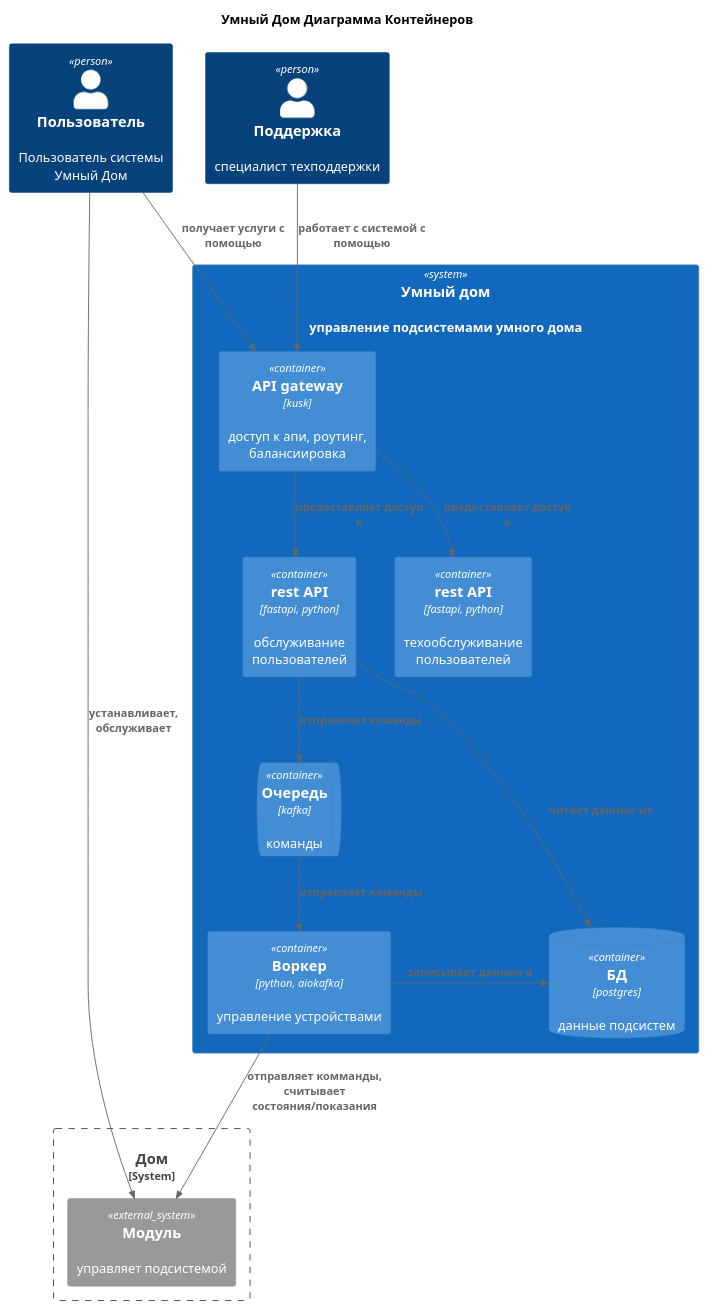
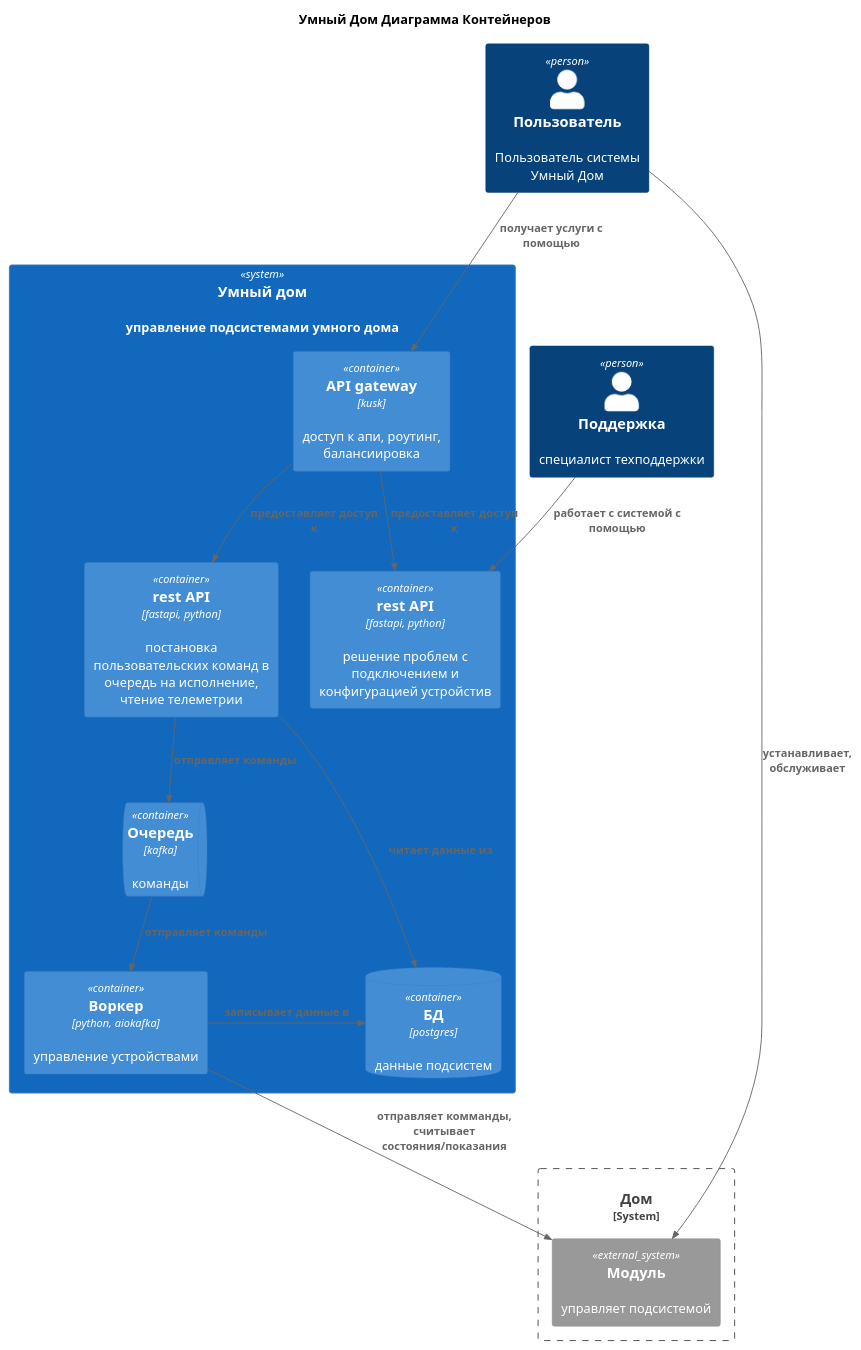
One commit to demon-mhm/architecture-sprint-3 changed the diagram in diagrams/src/smart-home-microservices/Container.puml. Above: the diagram before and after it, drawn with PlantUML. The commit also changed 10 other files, not shown here.

```diff
--- a/diagrams/src/smart-home-microservices/Container.puml
+++ b/diagrams/src/smart-home-microservices/Container.puml
@@ -1,32 +1,32 @@
 @startuml
 
 title Умный Дом Диаграмма Контейнеров
 !include <C4/C4_Container>
 
 Person(user, "Пользователь", "Пользователь системы Умный Дом")
 Person(employee, "Поддержка", "специалист техподдержки")
 
 System(Server, "Умный дом", "управление подсистемaми умного дома") {
     Container(apigateway, "API gateway", "kusk", "доступ к апи, роутинг, балансиировка")
-    Container(api, "rest API", "fastapi, python", "обслуживание пользователей")
-    Container(helpdesk, "rest API", "fastapi, python", "техообслуживание пользователей")
+    Container(api, "rest API", "fastapi, python", "постановка пользовательских команд в очередь на исполнение, чтение телеметрии")
+    Container(helpdesk, "rest API", "fastapi, python", "решение проблем с подключением и конфигурацией устройстив")
     ContainerQueue(queue, "Очередь", "kafka", "команды")
     ContainerDb(db, "БД", "postgres", "данные подсистем")
     Container(worker, "Воркер", "python, aiokafka", "управление устройствами")
     Rel_Down(api, queue, "отправляет команды")
     Rel_Down(queue, worker, "отправляет команды")
     Rel_Right(api, db, "читает данные из")
     Rel_Right(worker, db, "записывает данные в")
 }
 System_Boundary(House, "Дом") {
     System_Ext(module, "Модуль", "управляет подсистемой")
 }
 
 Rel(user, apigateway, "получает услуги с помощью")
-Rel(employee, apigateway, "работает с системой с помощью")
+Rel(employee, helpdesk, "работает с системой с помощью")
 Rel(apigateway, helpdesk, "предоставляет доступ к")
 Rel(apigateway, api, "предоставляет доступ к")
 Rel(worker, module, "отправляет комманды, считывает состояния/показания")
 Rel(user, module, "устанавливает, обслуживает")
 
 @enduml
```
